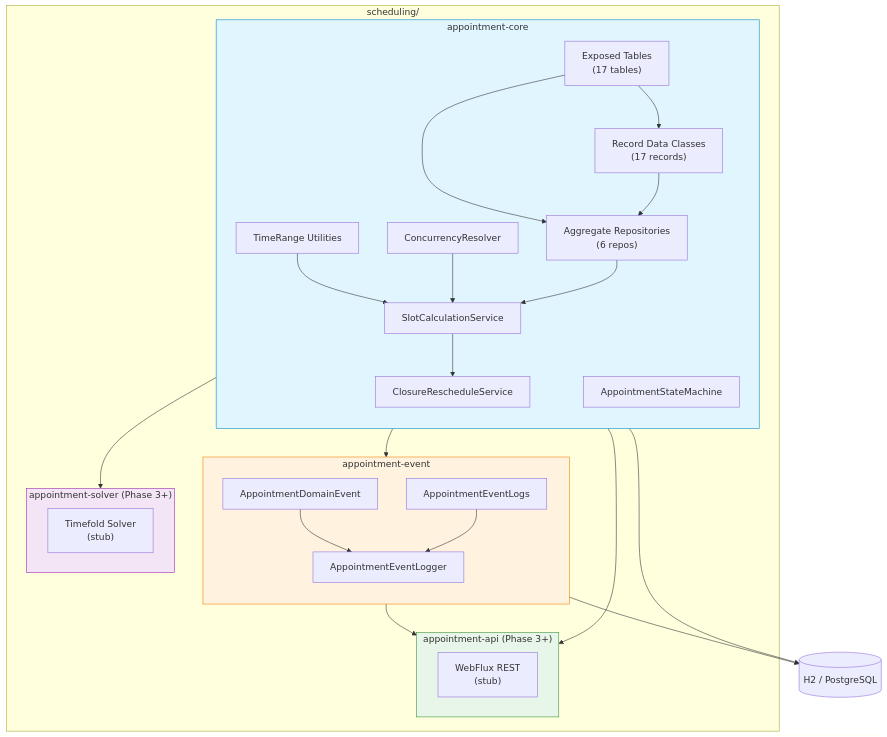
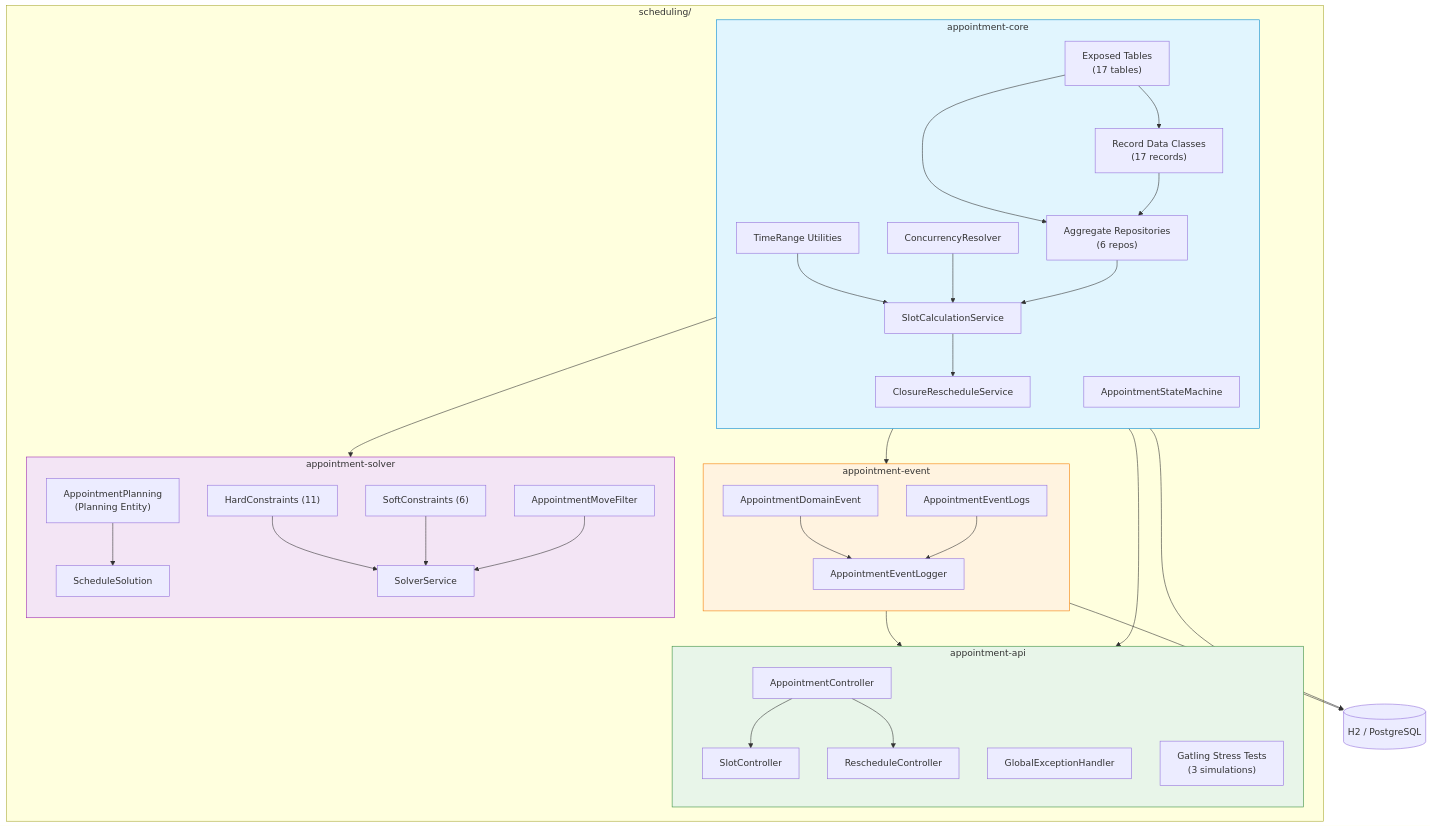
One commit to bluetape4k/bluetape4k-experimental changed the first of 9 diagrams in scheduling/README.md. Above: the diagram before and after it, drawn with Mermaid. The commit also changed other lines of this file and 3 other files, not shown here.

````diff
--- a/scheduling/README.md
+++ b/scheduling/README.md
@@ -10,56 +10,75 @@
 ```mermaid
 graph TB
     subgraph "scheduling/"
         subgraph core["appointment-core"]
             direction TB
             Tables["Exposed Tables<br/>(17 tables)"]
             Records["Record Data Classes<br/>(17 records)"]
             Repos["Aggregate Repositories<br/>(6 repos)"]
             SM["AppointmentStateMachine"]
             TR["TimeRange Utilities"]
             CR["ConcurrencyResolver"]
             SCS["SlotCalculationService"]
             CRS["ClosureRescheduleService"]
 
             Tables --> Records
             Tables --> Repos
             Records --> Repos
             TR --> SCS
             CR --> SCS
             Repos --> SCS
             SCS --> CRS
         end
 
         subgraph event["appointment-event"]
             direction TB
             DE["AppointmentDomainEvent"]
             EL["AppointmentEventLogs"]
             Logger["AppointmentEventLogger"]
 
             DE --> Logger
             EL --> Logger
         end
 
-        subgraph solver["appointment-solver (Phase 3+)"]
-            TS["Timefold Solver<br/>(stub)"]
+        subgraph solver["appointment-solver"]
+            direction TB
+            AP["AppointmentPlanning<br/>(Planning Entity)"]
+            SS["ScheduleSolution"]
+            HC["HardConstraints (11)"]
+            SC["SoftConstraints (6)"]
+            MF["AppointmentMoveFilter"]
+            SolverSvc["SolverService"]
+
+            AP --> SS
+            HC --> SolverSvc
+            SC --> SolverSvc
+            MF --> SolverSvc
         end
 
-        subgraph api["appointment-api (Phase 3+)"]
-            WF["WebFlux REST<br/>(stub)"]
+        subgraph api["appointment-api"]
+            direction TB
+            AC["AppointmentController"]
+            SlotC["SlotController"]
+            RC["RescheduleController"]
+            GEH["GlobalExceptionHandler"]
+            Gatling["Gatling Stress Tests<br/>(3 simulations)"]
+
+            AC --> SlotC
+            AC --> RC
         end
     end
 
     core --> event
     core --> solver
     core --> api
     event --> api
 
     DB[(H2 / PostgreSQL)]
     Tables --> DB
     EL --> DB
 
     style core fill:#e1f5fe,stroke:#0288d1
     style event fill:#fff3e0,stroke:#f57c00
     style solver fill:#f3e5f5,stroke:#9c27b0
     style api fill:#e8f5e9,stroke:#388e3c
 ```
````
